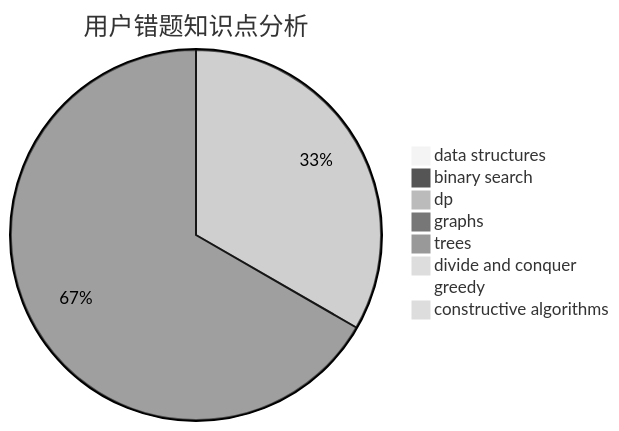
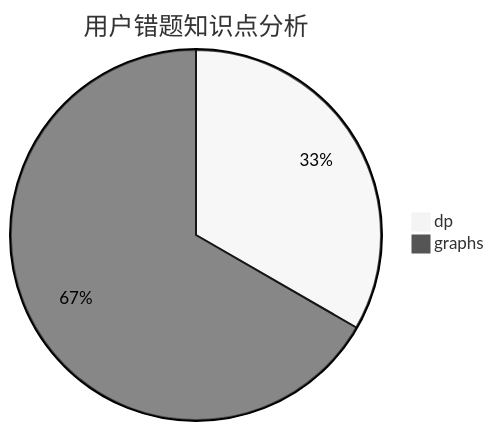
One commit to sherpahu/cfrs.github.io changed the third of 3 diagrams in docs/user/u1610.md. Above: the diagram before and after it, drawn with Mermaid (neutral theme). The commit also changed other lines of this file and 2770 other files, not shown here.

````diff
--- a/docs/user/u1610.md
+++ b/docs/user/u1610.md
@@ -31,11 +29,5 @@
 ```mermaid
 pie title 用户错题知识点分析
-    "data structures" :  0
-    "binary search" :  0
     "dp" :  5
     "graphs" :  10
-    "trees" :  0
-    "divide and conquer" :  0
-    "greedy" :  0
-    "constructive algorithms" :  0
 ```
````
